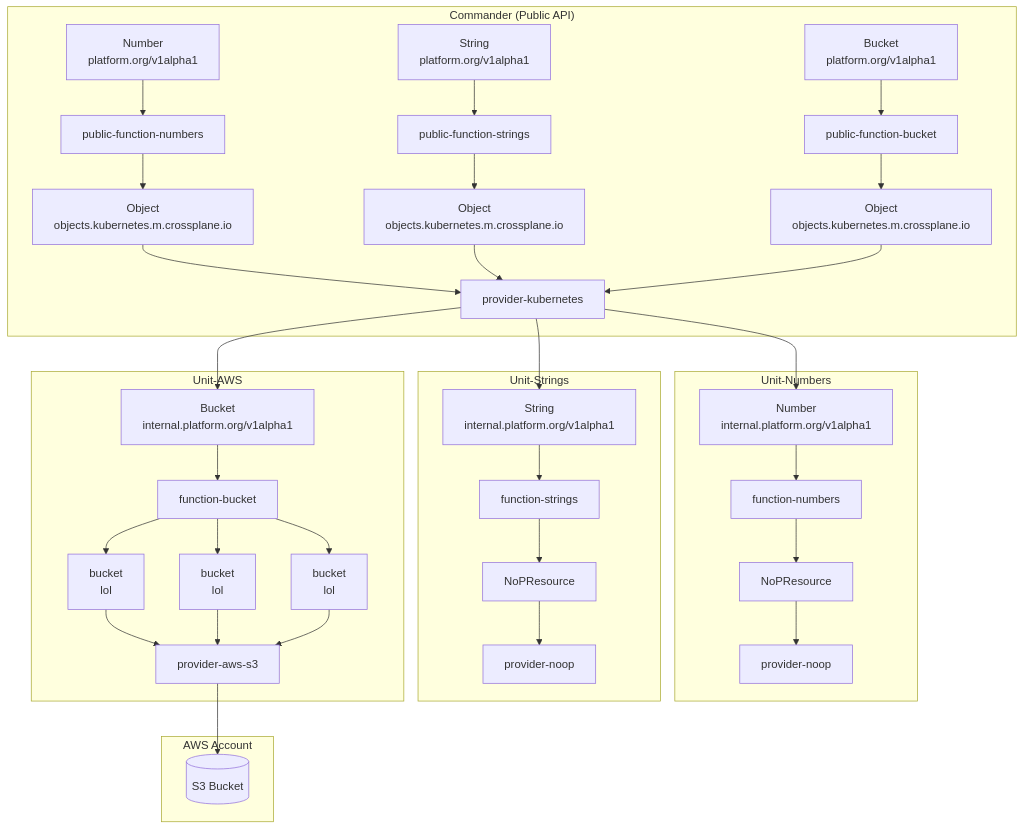
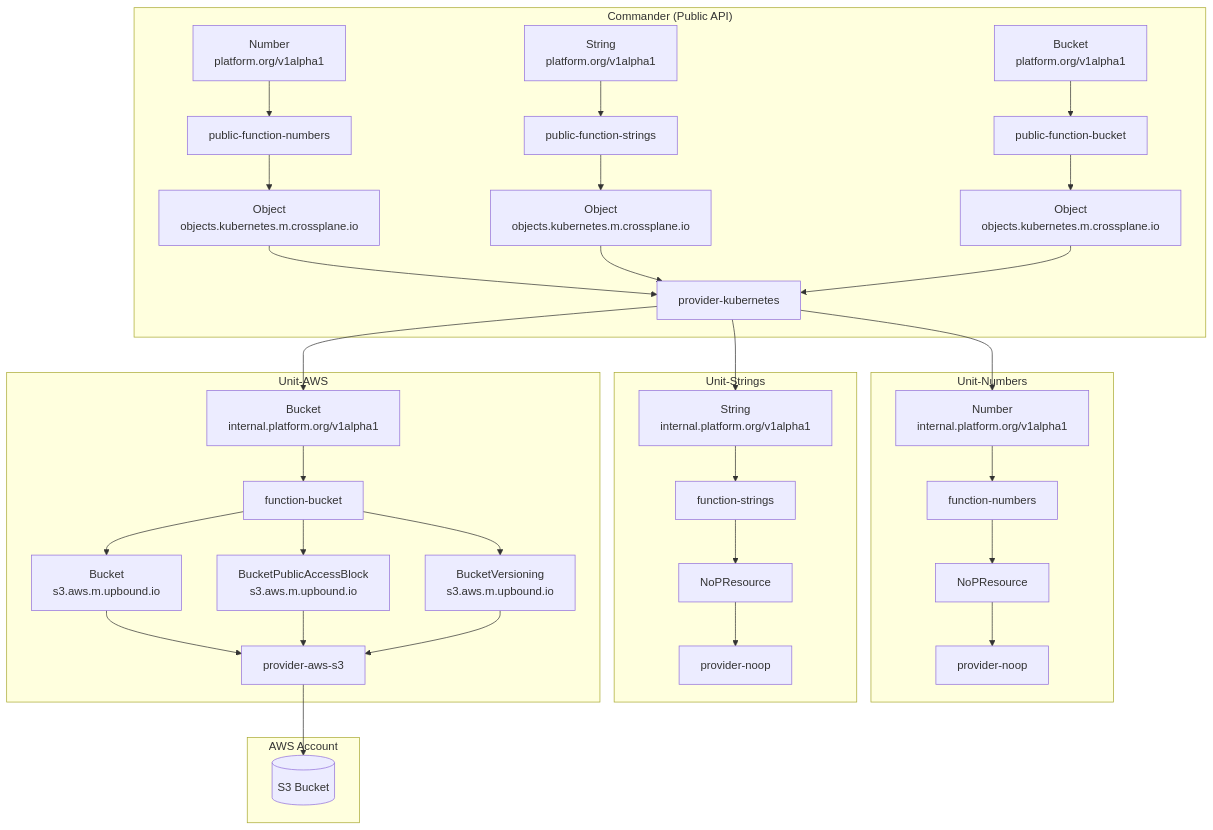
The diagram in README.md (erost/vdz26-demo-fleet-commander), drawn with Mermaid before and after one commit.

Commit message:
feat(readme): add correct apiVersion

````diff
--- a/README.md
+++ b/README.md
@@ -19,79 +19,79 @@
 ```mermaid
 flowchart TD
     subgraph COMMANDER["Commander (Public API)"]
         NUMBER["Number<br/>platform.org/v1alpha1"]
         STRING["String<br/>platform.org/v1alpha1"]
         BUCKET["Bucket<br/>platform.org/v1alpha1"]
 
         PUBLIC-COMP-NUMBER["public-function-numbers"]
         PUBLIC-COMP-STRING["public-function-strings"]
         PUBLIC-COMP-BUCKET["public-function-bucket"]
 
         NUMBER-OBJECT["Object</br>objects.kubernetes.m.crossplane.io"]
         STRING-OBJECT["Object</br>objects.kubernetes.m.crossplane.io"]
         BUCKET-OBJECT["Object</br>objects.kubernetes.m.crossplane.io"]
         PK["provider-kubernetes"]
         
         NUMBER --> PUBLIC-COMP-NUMBER
         STRING --> PUBLIC-COMP-STRING
         BUCKET --> PUBLIC-COMP-BUCKET
 
         PUBLIC-COMP-NUMBER --> NUMBER-OBJECT
         PUBLIC-COMP-STRING --> STRING-OBJECT
         PUBLIC-COMP-BUCKET --> BUCKET-OBJECT
 
         NUMBER-OBJECT --> PK
         STRING-OBJECT --> PK
         BUCKET-OBJECT --> PK
     end
 
     subgraph UNIT-NUMBERS["Unit-Numbers"]
         INUMBER["Number<br/>internal.platform.org/v1alpha1"]
         COMP-NUMBER["function-numbers"]
         NOP-NUMBER["NoPResource"]
         NPN["provider-noop"]
 
         INUMBER --> COMP-NUMBER
         COMP-NUMBER --> NOP-NUMBER
         NOP-NUMBER --> NPN
     end
 
     subgraph UNIT-STRINGS["Unit-Strings"]
         ISTRING["String<br/>internal.platform.org/v1alpha1"]
         COMP-STRING["function-strings"]
         NOP-STRING["NoPResource"]
         SPN["provider-noop"]
 
         ISTRING --> COMP-STRING
         COMP-STRING --> NOP-STRING
         NOP-STRING --> SPN
     end
 
     subgraph UNIT-AWS["Unit-AWS"]
         IBUCKET["Bucket<br/>internal.platform.org/v1alpha1"]
         COMP-BUCKET["function-bucket"]
-        AWS-BUCKET["bucket<br/>lol"]
-        AWS-BUCKETACCESS["bucket<br/>lol"]
-        AWS-BUCKETVERSION["bucket<br/>lol"]
+        AWS-BUCKET["Bucket<br/>s3.aws.m.upbound.io"]
+        AWS-BUCKETACCESS["BucketPublicAccessBlock<br/>s3.aws.m.upbound.io"]
+        AWS-BUCKETVERSION["BucketVersioning<br/>s3.aws.m.upbound.io"]
         AWS-PROV-S3["provider-aws-s3"]
 
         IBUCKET --> COMP-BUCKET
         COMP-BUCKET --> AWS-BUCKET
         COMP-BUCKET --> AWS-BUCKETACCESS
         COMP-BUCKET --> AWS-BUCKETVERSION
         
         AWS-BUCKET --> AWS-PROV-S3
         AWS-BUCKETACCESS --> AWS-PROV-S3
         AWS-BUCKETVERSION --> AWS-PROV-S3
     end
 
     subgraph ACCOUNT-AWS["AWS Account"]
         REAL-BUCKET[(S3 Bucket)]
     end
 
     PK --> INUMBER
     PK --> ISTRING
     PK --> IBUCKET
 
     AWS-PROV-S3 --> REAL-BUCKET
 ```
````
